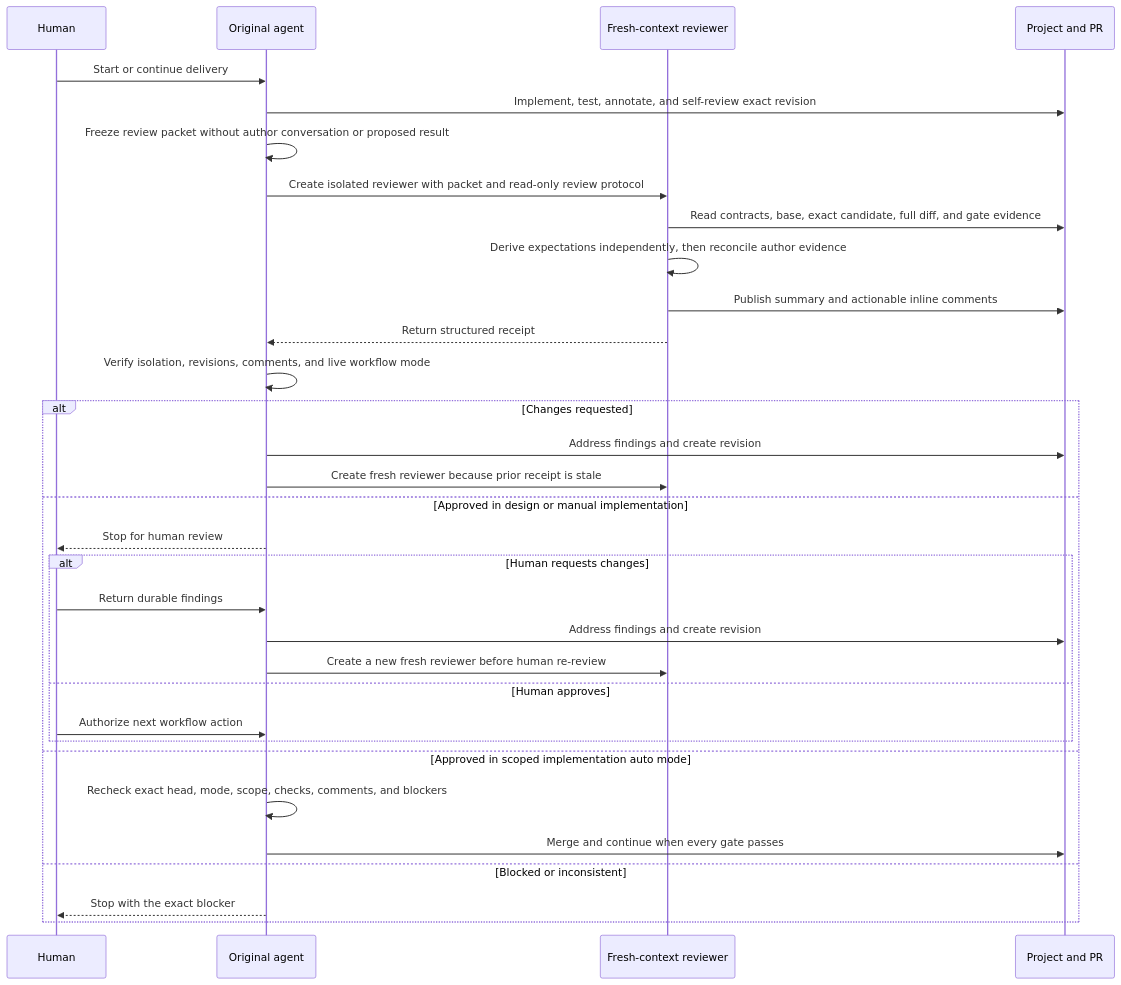
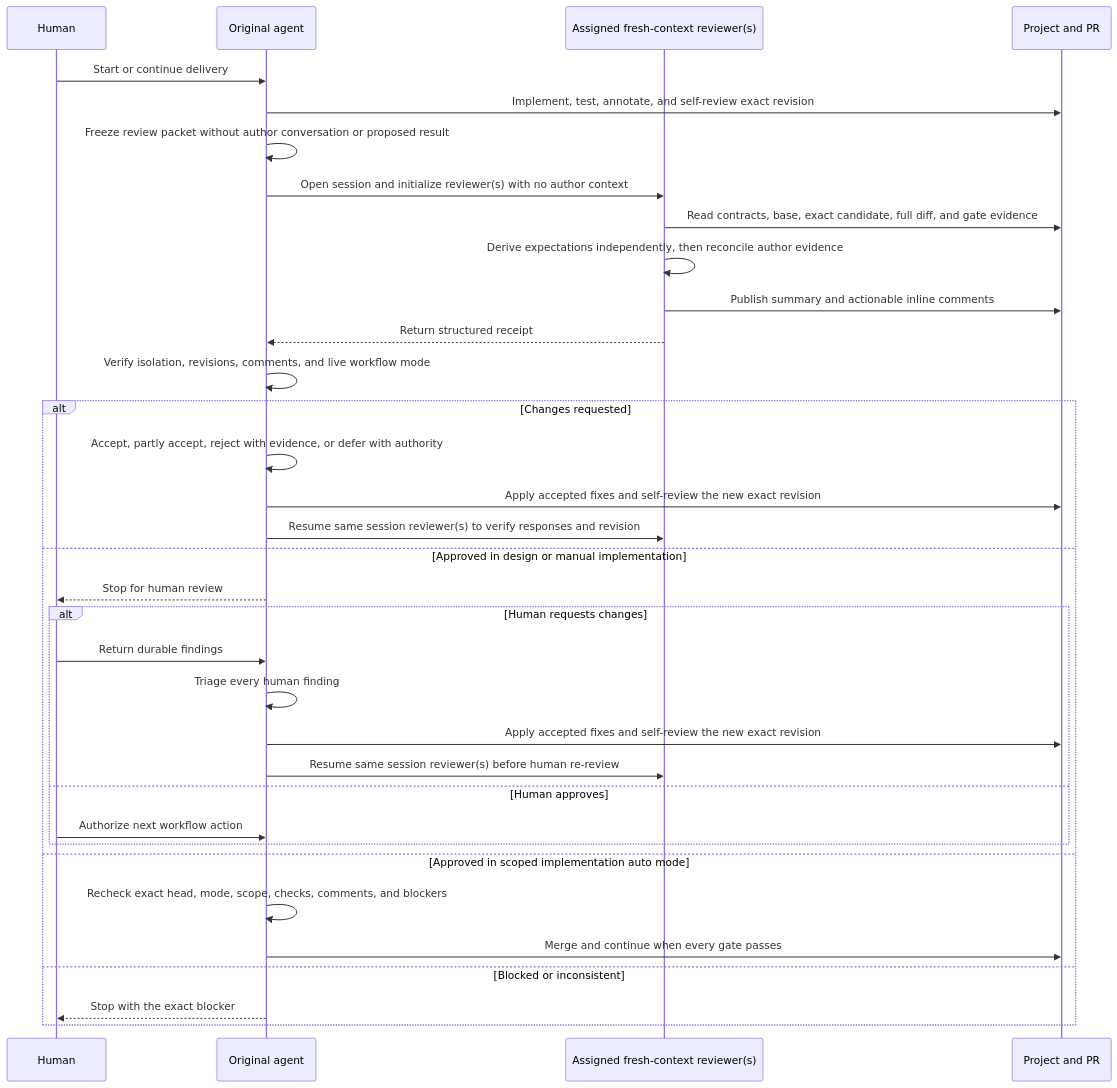
One commit to hhhhhusky777/spec-driven-delivery-playbook changed the fourth of 4 diagrams in README.md. Above: the diagram before and after it, drawn with Mermaid. The commit also changed other lines of this file and 32 other files, not shown here.

````diff
--- a/README.md
+++ b/README.md
@@ -663,35 +665,37 @@
 ```mermaid
 sequenceDiagram
     participant U as Human
     participant A as Original agent
-    participant R as Fresh-context reviewer
+    participant R as Assigned fresh-context reviewer(s)
     participant P as Project and PR
 
     U->>A: Start or continue delivery
     A->>P: Implement, test, annotate, and self-review exact revision
     A->>A: Freeze review packet without author conversation or proposed result
-    A->>R: Create isolated reviewer with packet and read-only review protocol
+    A->>R: Open session and initialize reviewer(s) with no author context
     R->>P: Read contracts, base, exact candidate, full diff, and gate evidence
     R->>R: Derive expectations independently, then reconcile author evidence
     R->>P: Publish summary and actionable inline comments
     R-->>A: Return structured receipt
     A->>A: Verify isolation, revisions, comments, and live workflow mode
     alt Changes requested
-        A->>P: Address findings and create revision
-        A->>R: Create fresh reviewer because prior receipt is stale
+        A->>A: Accept, partly accept, reject with evidence, or defer with authority
+        A->>P: Apply accepted fixes and self-review the new exact revision
+        A->>R: Resume same session reviewer(s) to verify responses and revision
     else Approved in design or manual implementation
         A-->>U: Stop for human review
         alt Human requests changes
             U->>A: Return durable findings
-            A->>P: Address findings and create revision
-            A->>R: Create a new fresh reviewer before human re-review
+            A->>A: Triage every human finding
+            A->>P: Apply accepted fixes and self-review the new exact revision
+            A->>R: Resume same session reviewer(s) before human re-review
         else Human approves
             U->>A: Authorize next workflow action
         end
     else Approved in scoped implementation auto mode
         A->>A: Recheck exact head, mode, scope, checks, comments, and blockers
         A->>P: Merge and continue when every gate passes
     else Blocked or inconsistent
         A-->>U: Stop with the exact blocker
     end
 ```
````
